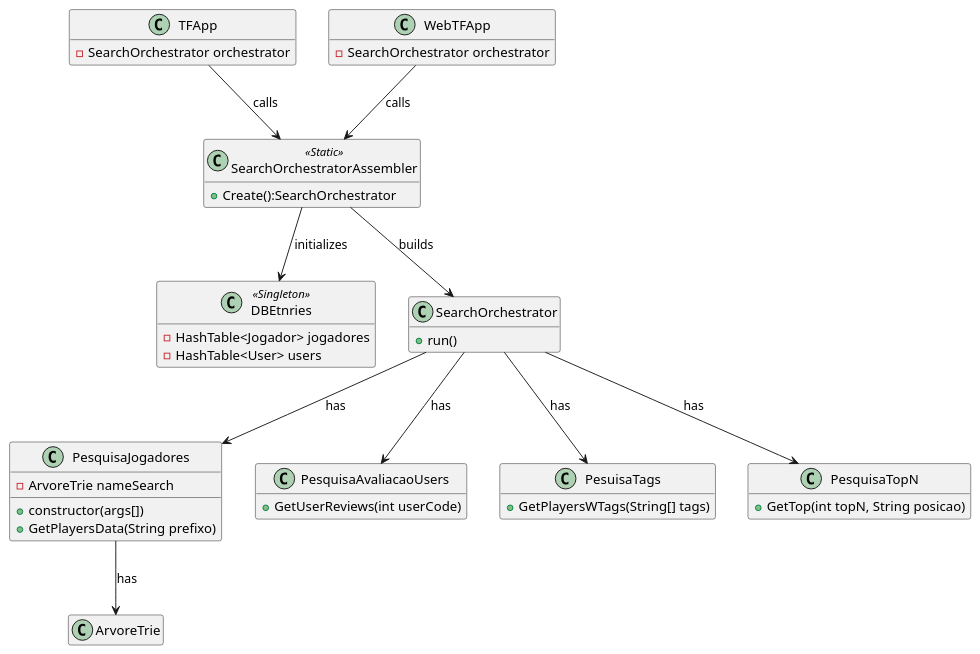
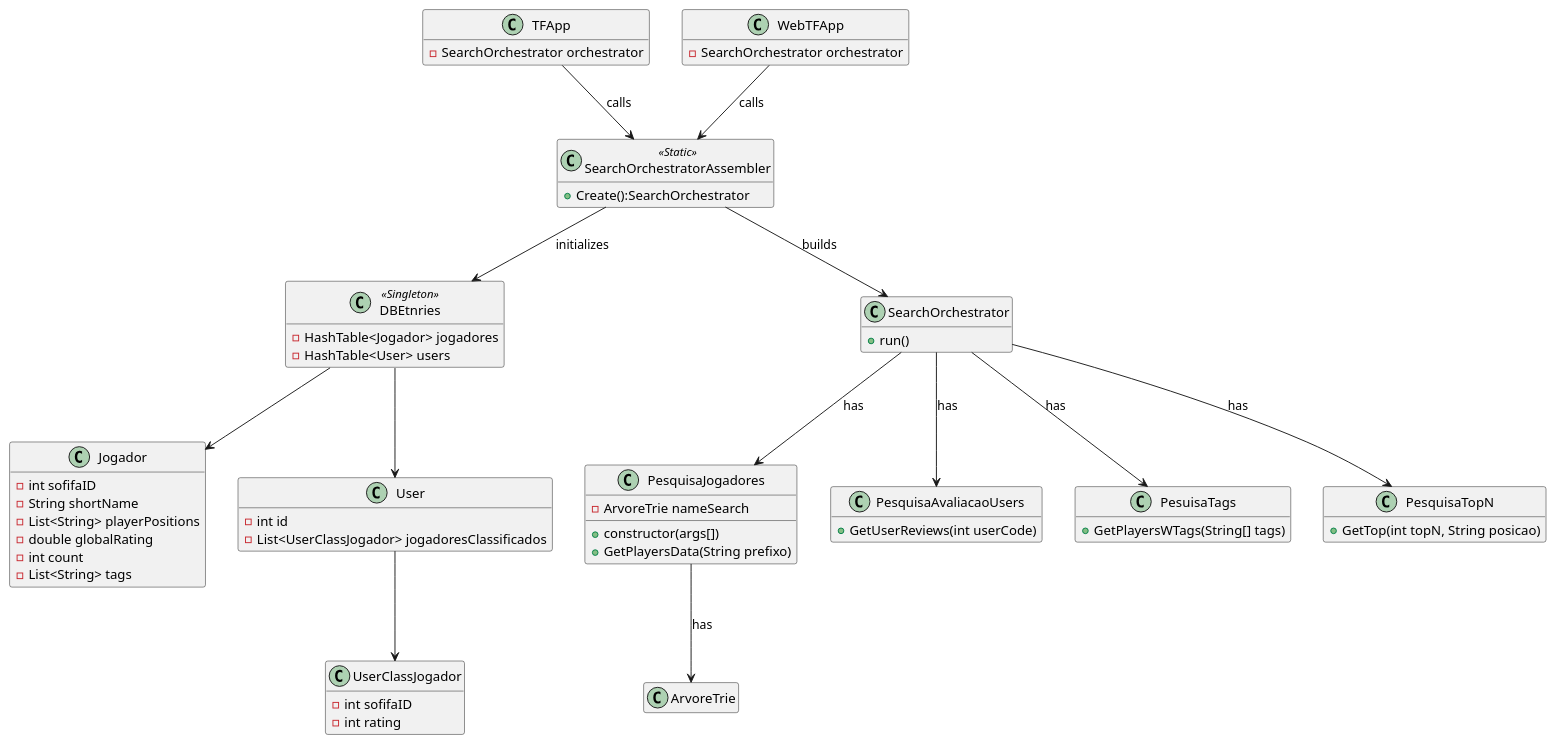
One commit to JoaoCosme/TrabFinalCPD changed the diagram in classDiagram.wsd. Above: the diagram before and after it, drawn with PlantUML. The commit also changed 3 other files, not shown here.

Commit message:
Adicionado UserClassJogador

```diff
--- a/classDiagram.wsd
+++ b/classDiagram.wsd
@@ -1,52 +1,75 @@
 @startuml classDiagram
     hide empty members
 
     class TFApp{
         -SearchOrchestrator orchestrator
     }
     class WebTFApp{
         -SearchOrchestrator orchestrator
     }
 
     class SearchOrchestratorAssembler<<Static>>{
         +Create():SearchOrchestrator
     }
     class DBEtnries<<Singleton>>{
         - HashTable<Jogador> jogadores
         - HashTable<User> users
     }
+
+    class Jogador{
+        - int sofifaID
+        - String shortName
+        - List<String> playerPositions
+        - double globalRating
+        - int count
+        - List<String> tags
+    }
+
+    class UserClassJogador{
+        - int sofifaID
+        - int rating
+    }
+
+    class User{
+        - int id
+        - List<UserClassJogador> jogadoresClassificados
+    }
+
     class SearchOrchestrator{
         +run()
     }
 
     class PesquisaJogadores{
         - ArvoreTrie nameSearch
         + constructor(args[])
         + GetPlayersData(String prefixo)
     }
 
     Class ArvoreTrie{
 
     }
 
     class PesquisaAvaliacaoUsers{
         + GetUserReviews(int userCode)
     }
     class PesuisaTags{
         + GetPlayersWTags(String[] tags)
     }
     class PesquisaTopN{
         + GetTop(int topN, String posicao)
     }
     
     SearchOrchestratorAssembler --> SearchOrchestrator:builds
     WebTFApp --> SearchOrchestratorAssembler:calls
     TFApp --> SearchOrchestratorAssembler:calls
     SearchOrchestratorAssembler --> DBEtnries: initializes
     SearchOrchestrator --> PesquisaJogadores:has
     SearchOrchestrator --> PesuisaTags:has
     SearchOrchestrator --> PesquisaTopN:has
     SearchOrchestrator --> PesquisaAvaliacaoUsers:has
     PesquisaJogadores --> ArvoreTrie: has
+    DBEtnries --> Jogador
+    DBEtnries --> User
+    User --> UserClassJogador
     
 @enduml
```
